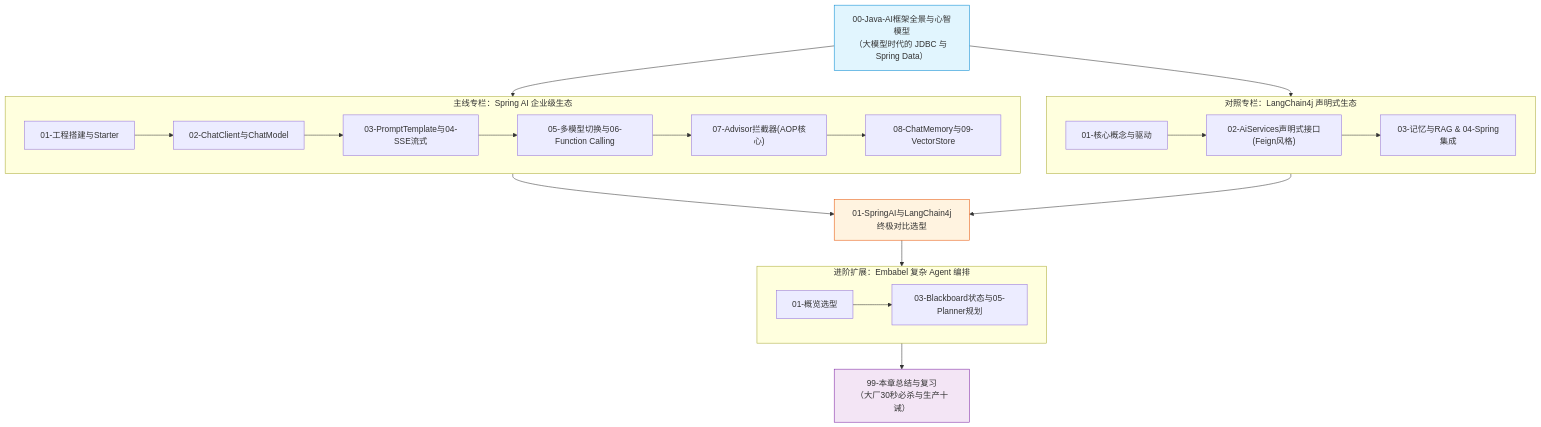
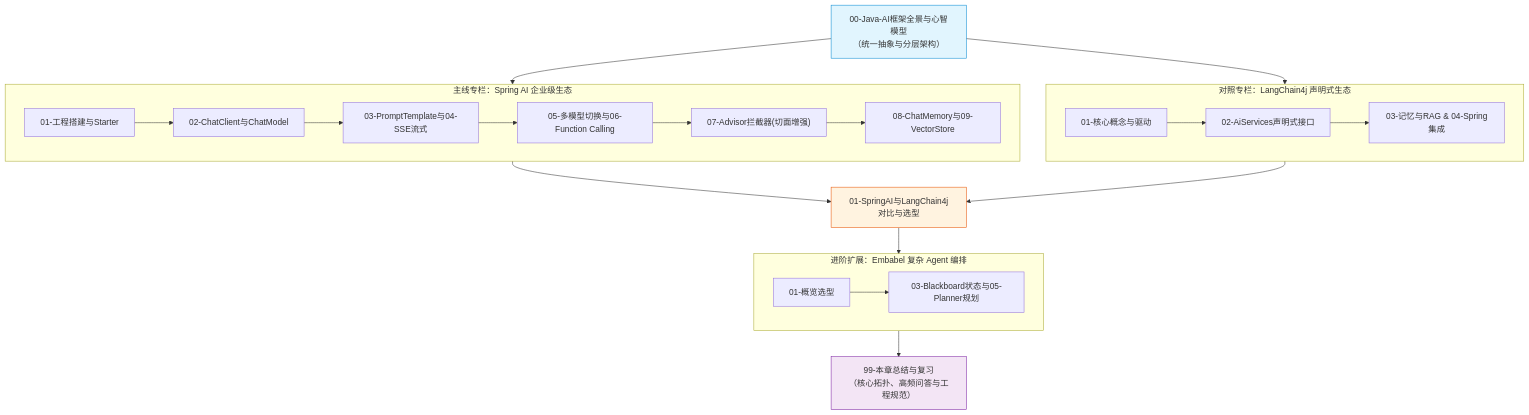
Before and after one commit to GuoWWWX/knowledge-base: the diagram in 10-AI应用开发/02-框架-SpringAI与LangChain4j/_index.md, drawn with Mermaid. The commit also changed other lines of this file and 251 other files, not shown here.

````diff
--- a/10-AI应用开发/02-框架-SpringAI与LangChain4j/_index.md
+++ b/10-AI应用开发/02-框架-SpringAI与LangChain4j/_index.md
@@ -22,31 +22,31 @@
 ```mermaid
 flowchart TD
-    M0["00-Java-AI框架全景与心智模型<br/>（大模型时代的 JDBC 与 Spring Data）"] --> S1
+    M0["00-Java-AI框架全景与心智模型<br/>（统一抽象与分层架构）"] --> S1
     M0 --> S2
 
     subgraph S1["主线专栏：Spring AI 企业级生态"]
         B1["01-工程搭建与Starter"] --> B2["02-ChatClient与ChatModel"]
         B2 --> B3["03-PromptTemplate与04-SSE流式"]
         B3 --> B4["05-多模型切换与06-Function Calling"]
-        B4 --> B5["07-Advisor拦截器(AOP核心)"]
+        B4 --> B5["07-Advisor拦截器(切面增强)"]
         B5 --> B6["08-ChatMemory与09-VectorStore"]
     end
 
     subgraph S2["对照专栏：LangChain4j 声明式生态"]
-        C1["01-核心概念与驱动"] --> C2["02-AiServices声明式接口(Feign风格)"]
+        C1["01-核心概念与驱动"] --> C2["02-AiServices声明式接口"]
         C2 --> C3["03-记忆与RAG & 04-Spring集成"]
     end
 
     subgraph S3["进阶扩展：Embabel 复杂 Agent 编排"]
         D1["01-概览选型"] --> D2["03-Blackboard状态与05-Planner规划"]
     end
 
-    S1 --> CMP["01-SpringAI与LangChain4j终极对比选型"]
+    S1 --> CMP["01-SpringAI与LangChain4j对比与选型"]
     S2 --> CMP
     CMP --> S3
-    S3 --> FIN["99-本章总结与复习<br/>（大厂30秒必杀与生产十诫）"]
+    S3 --> FIN["99-本章总结与复习<br/>（核心拓扑、高频问答与工程规范）"]
 
     style M0 fill:#e1f5fe,stroke:#0288d1,stroke-width:1px
     style CMP fill:#fff3e0,stroke:#e65100,stroke-width:1px
     style FIN fill:#f3e5f5,stroke:#7b1fa2,stroke-width:1px
 ```
````
